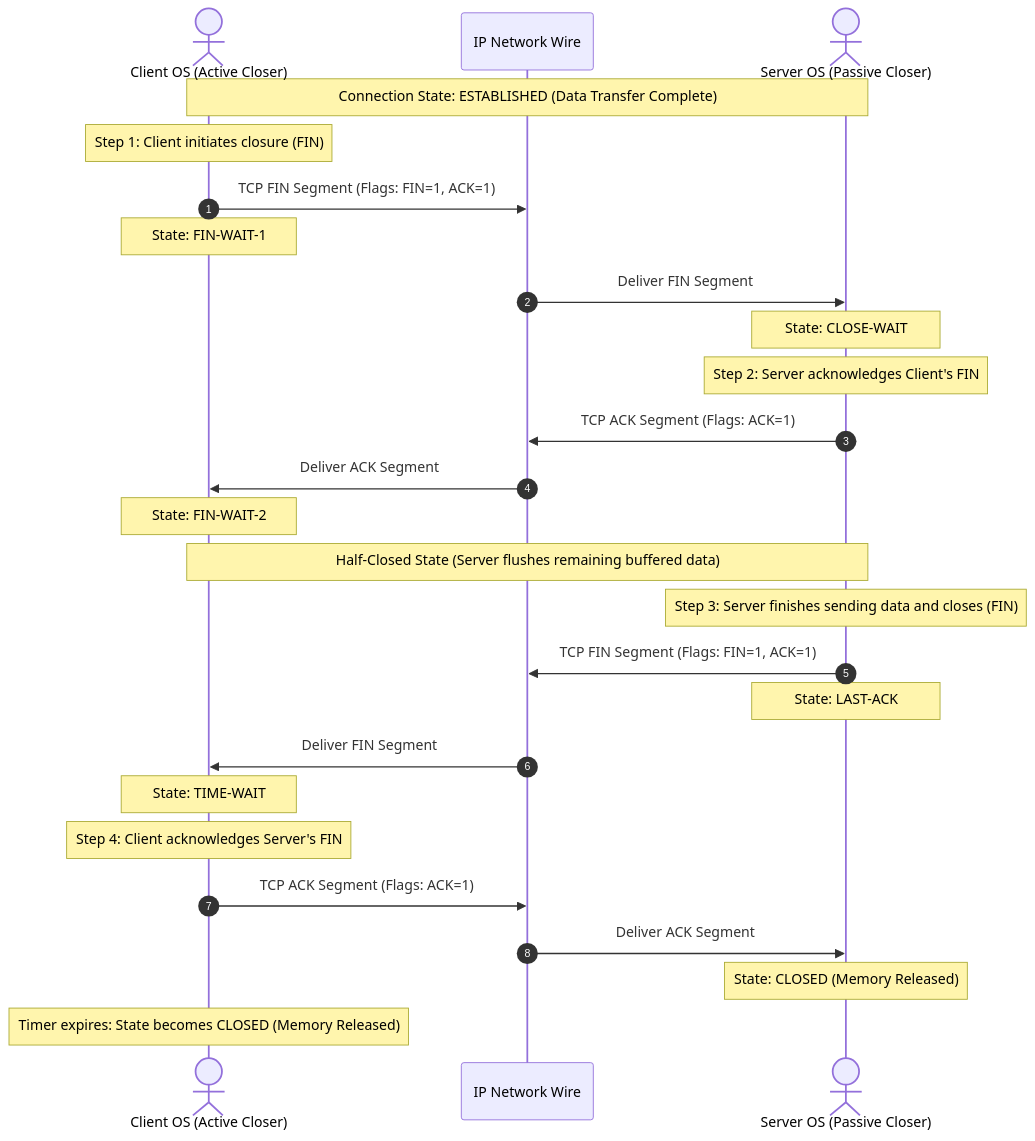
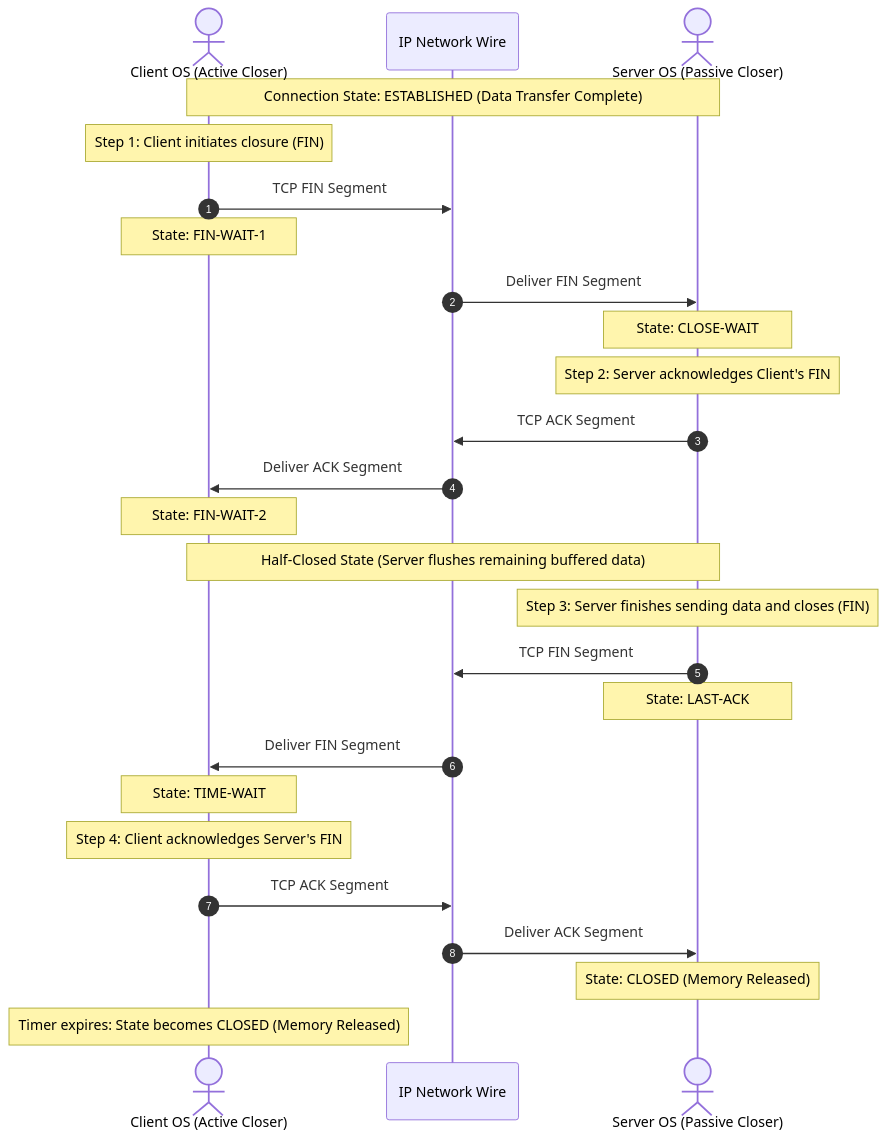
The second of 3 diagrams in content/posts/networking/ch17-tcp-connection-termination-four-way-handshake.mdx (ayuslharora/blog-ayuslh), drawn with Mermaid before and after one commit. The commit also changed other lines of this file, not shown here.

Commit message:
Simplify segment names by removing explicit flag bit annotations

````diff
--- a/content/posts/networking/ch17-tcp-connection-termination-four-way-handshake.mdx
+++ b/content/posts/networking/ch17-tcp-connection-termination-four-way-handshake.mdx
@@ -60,35 +60,35 @@
 ```mermaid
 sequenceDiagram
     autonumber
     actor Client as Client OS (Active Closer)
     participant Wire as IP Network Wire
     actor Server as Server OS (Passive Closer)
 
     Note over Client, Server: Connection State: ESTABLISHED (Data Transfer Complete)
 
     Note over Client: Step 1: Client initiates closure (FIN)
-    Client->>Wire: TCP FIN Segment (Flags: FIN=1, ACK=1)
+    Client->>Wire: TCP FIN Segment
     Note over Client: State: FIN-WAIT-1
     Wire->>Server: Deliver FIN Segment
 
     Note over Server: State: CLOSE-WAIT
     Note over Server: Step 2: Server acknowledges Client's FIN
-    Server->>Wire: TCP ACK Segment (Flags: ACK=1)
+    Server->>Wire: TCP ACK Segment
     Wire->>Client: Deliver ACK Segment
 
     Note over Client: State: FIN-WAIT-2
     Note over Client, Server: Half-Closed State (Server flushes remaining buffered data)
 
     Note over Server: Step 3: Server finishes sending data and closes (FIN)
-    Server->>Wire: TCP FIN Segment (Flags: FIN=1, ACK=1)
+    Server->>Wire: TCP FIN Segment
     Note over Server: State: LAST-ACK
     Wire->>Client: Deliver FIN Segment
 
     Note over Client: State: TIME-WAIT
     Note over Client: Step 4: Client acknowledges Server's FIN
-    Client->>Wire: TCP ACK Segment (Flags: ACK=1)
+    Client->>Wire: TCP ACK Segment
     Wire->>Server: Deliver ACK Segment
 
     Note over Server: State: CLOSED (Memory Released)
     Note over Client: Timer expires: State becomes CLOSED (Memory Released)
 ```
````
